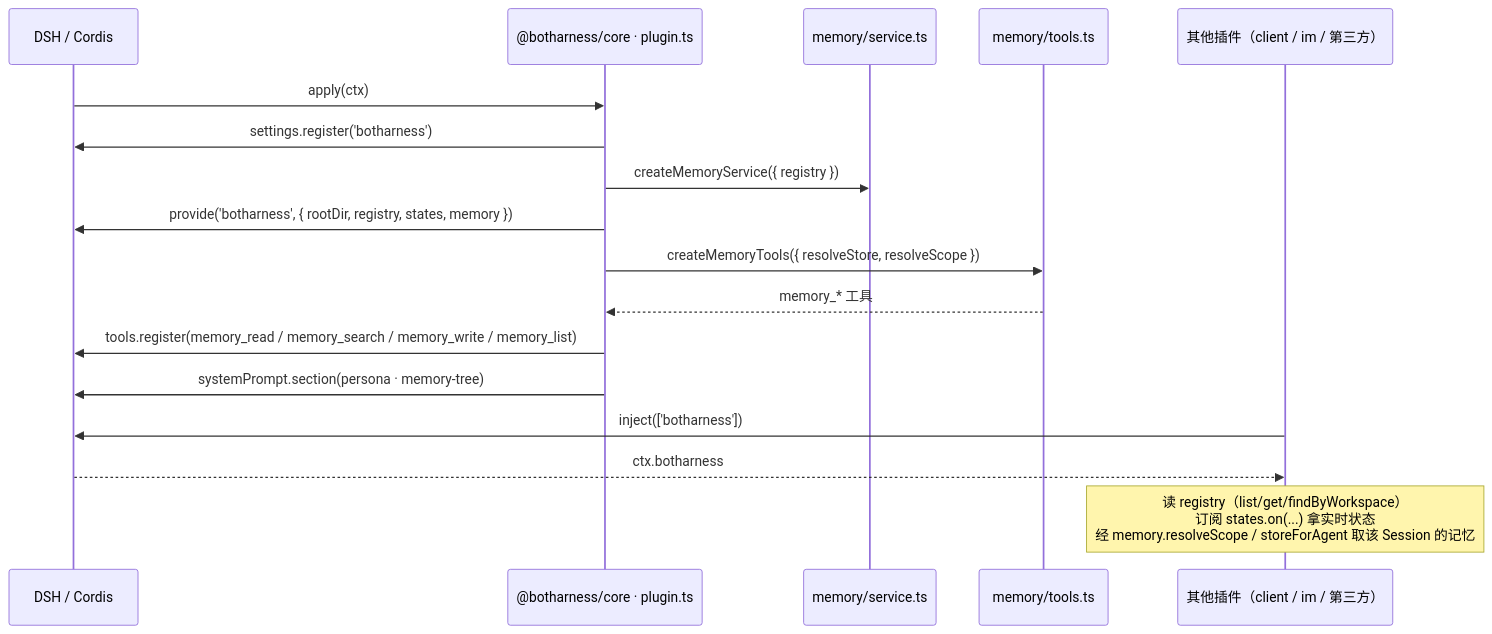
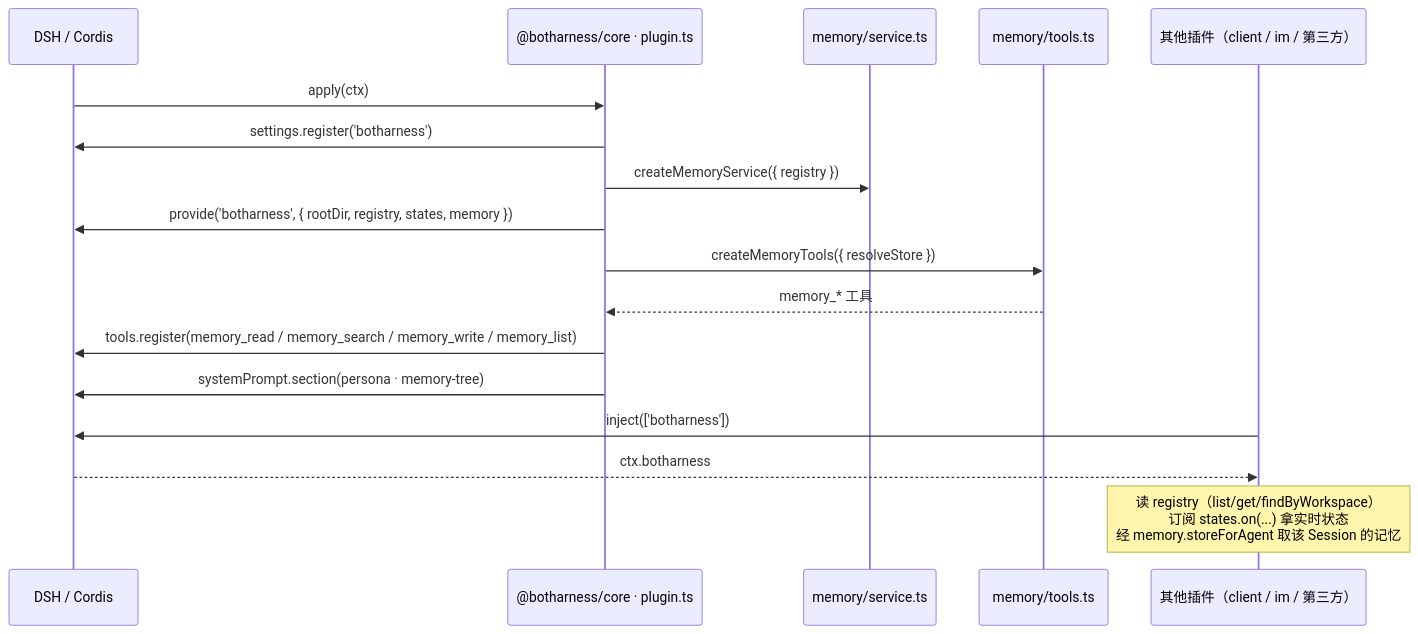
The diagram in docs/architecture/diagrams/03-boot.mmd (BotHarness/BotHarness), drawn with Mermaid before and after one commit. The commit also changed 44 other files, not shown here.

First line of the commit message:
refactor(core): drop memory visibility and scope — sharing is an export-time decision

```diff
--- a/docs/architecture/diagrams/03-boot.mmd
+++ b/docs/architecture/diagrams/03-boot.mmd
@@ -1,18 +1,18 @@
 sequenceDiagram
   participant D as DSH / Cordis
   participant P as @botharness/core · plugin.ts
   participant M as memory/service.ts
   participant T as memory/tools.ts
   participant O as 其他插件（client / im / 第三方）
 
   D->>P: apply(ctx)
   P->>D: settings.register('botharness')
   P->>M: createMemoryService({ registry })
   P->>D: provide('botharness', { rootDir, registry, states, memory })
-  P->>T: createMemoryTools({ resolveStore, resolveScope })
+  P->>T: createMemoryTools({ resolveStore })
   T-->>P: memory_* 工具
   P->>D: tools.register(memory_read / memory_search / memory_write / memory_list)
   P->>D: systemPrompt.section(persona · memory-tree)
   O->>D: inject(['botharness'])
   D-->>O: ctx.botharness
-  Note over O: 读 registry（list/get/findByWorkspace）<br/>订阅 states.on(...) 拿实时状态<br/>经 memory.resolveScope / storeForAgent 取该 Session 的记忆
+  Note over O: 读 registry（list/get/findByWorkspace）<br/>订阅 states.on(...) 拿实时状态<br/>经 memory.storeForAgent 取该 Session 的记忆
```
